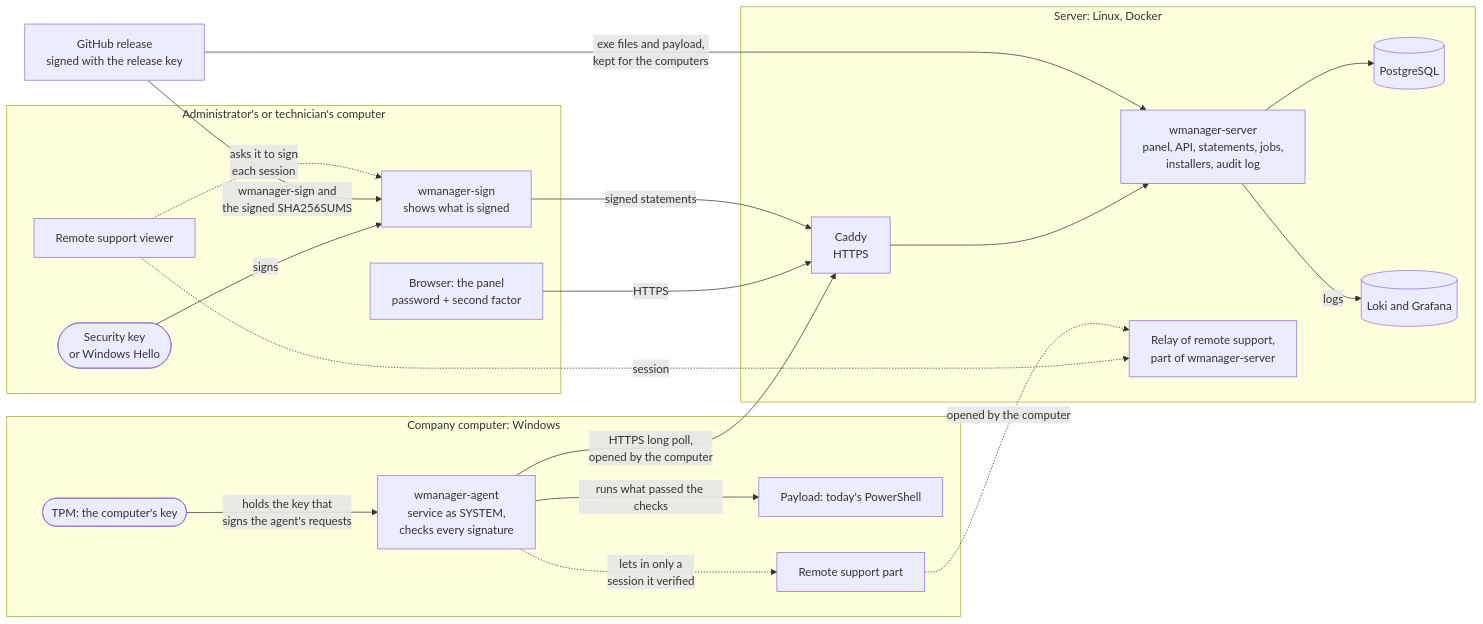
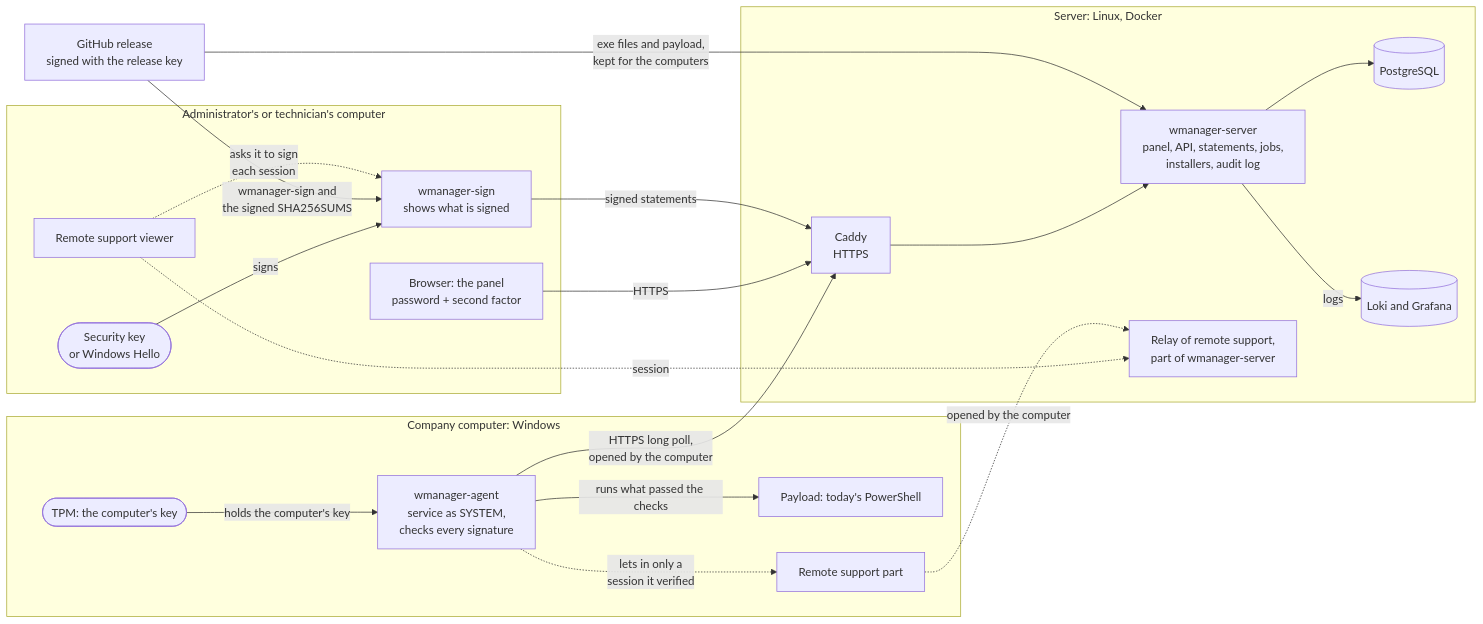
One commit to lechup/wmanager changed the first of 2 diagrams in docs/architecture.md. Above: the diagram before and after it, drawn with Mermaid. The commit also changed other lines of this file and 2 other files, not shown here.

````diff
--- a/docs/architecture.md
+++ b/docs/architecture.md
@@ -41,39 +41,39 @@
 ```mermaid
 flowchart LR
   subgraph admin["Administrator's or technician's computer"]
     browser["Browser: the panel<br/>password + second factor"]
     sign["wmanager-sign<br/>shows what is signed"]
     key(["Security key<br/>or Windows Hello"])
     viewer["Remote support viewer"]
   end
   subgraph host["Server: Linux, Docker"]
     caddy["Caddy<br/>HTTPS"]
     server["wmanager-server<br/>panel, API, statements, jobs,<br/>installers, audit log"]
     relay["Relay of remote support,<br/>part of wmanager-server"]
     db[("PostgreSQL")]
     loki[("Loki and Grafana")]
   end
   subgraph pc["Company computer: Windows"]
     agent["wmanager-agent<br/>service as SYSTEM,<br/>checks every signature"]
     tpm(["TPM: the computer's key"])
     payload["Payload: today's PowerShell"]
     remote["Remote support part"]
   end
   release["GitHub release<br/>signed with the release key"]
 
   browser -- "HTTPS" --> caddy
   key -- "signs" --> sign
   sign -- "signed statements" --> caddy
   caddy --> server
   server --> db
   server -- "logs" --> loki
-  tpm -- "holds the key that<br/>signs the agent's requests" --> agent
+  tpm -- "holds the computer's key" --> agent
   agent -- "HTTPS long poll,<br/>opened by the computer" --> caddy
   agent -- "runs what passed the checks" --> payload
   release -- "exe files and payload,<br/>kept for the computers" --> server
   release -- "wmanager-sign and<br/>the signed SHA256SUMS" --> sign
   viewer -. "asks it to sign<br/>each session" .-> sign
   viewer -. "session" .-> relay
   remote -. "opened by the computer" .-> relay
   agent -. "lets in only a<br/>session it verified" .-> remote
 ```
````
